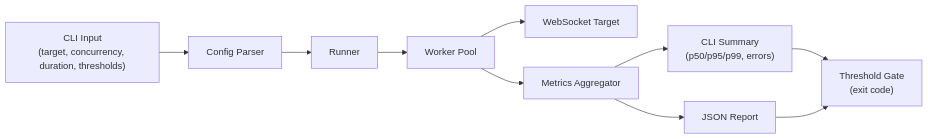
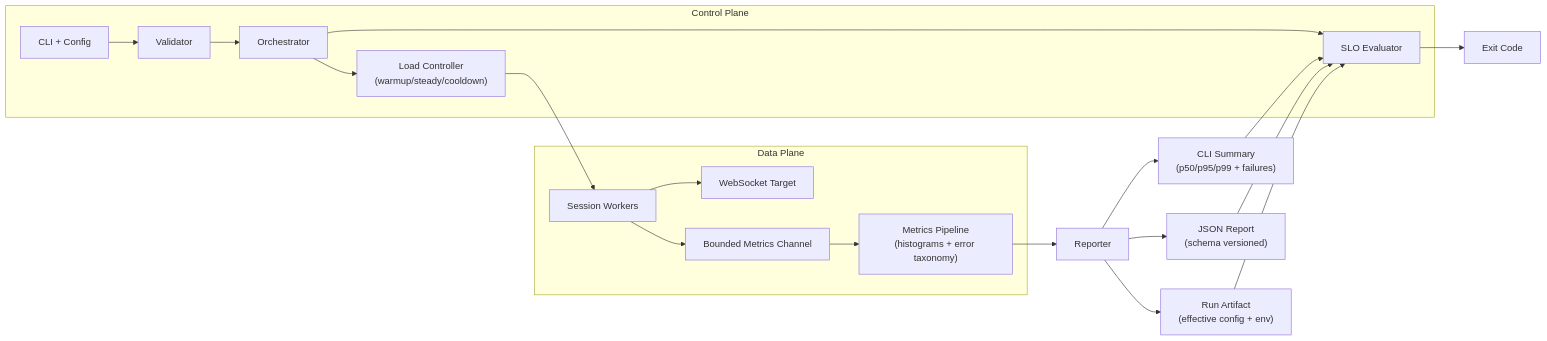
The diagram in README.md (jephter-olamiposi/wsblast), drawn with Mermaid before and after one commit.

Commit message:
Revise architecture diagram in README to reflect updated control and data plane structure

````diff
--- a/README.md
+++ b/README.md
@@ -15,12 +15,25 @@
 ```mermaid
 flowchart LR
-    A["CLI Input\n(target, concurrency, duration, thresholds)"] --> B["Config Parser"]
-    B --> C["Runner"]
-    C --> D["Worker Pool"]
-    D --> E["WebSocket Target"]
-    D --> F["Metrics Aggregator"]
-    F --> G["CLI Summary\n(p50/p95/p99, errors)"]
-    F --> H["JSON Report"]
-    G --> I["Threshold Gate\n(exit code)"]
-    H --> I
+    subgraph CP["Control Plane"]
+        A["CLI + Config"] --> B["Validator"]
+        B --> C["Orchestrator"]
+        C --> D["Load Controller\n(warmup/steady/cooldown)"]
+        C --> E["SLO Evaluator"]
+    end
+
+    subgraph DP["Data Plane"]
+        D --> F["Session Workers"]
+        F --> G["WebSocket Target"]
+        F --> H["Bounded Metrics Channel"]
+        H --> I["Metrics Pipeline\n(histograms + error taxonomy)"]
+    end
+
+    I --> J["Reporter"]
+    J --> K["CLI Summary\n(p50/p95/p99 + failures)"]
+    J --> L["JSON Report\n(schema versioned)"]
+    J --> M["Run Artifact\n(effective config + env)"]
+    K --> E
+    L --> E
+    M --> E
+    E --> N["Exit Code"]
 ```
````
